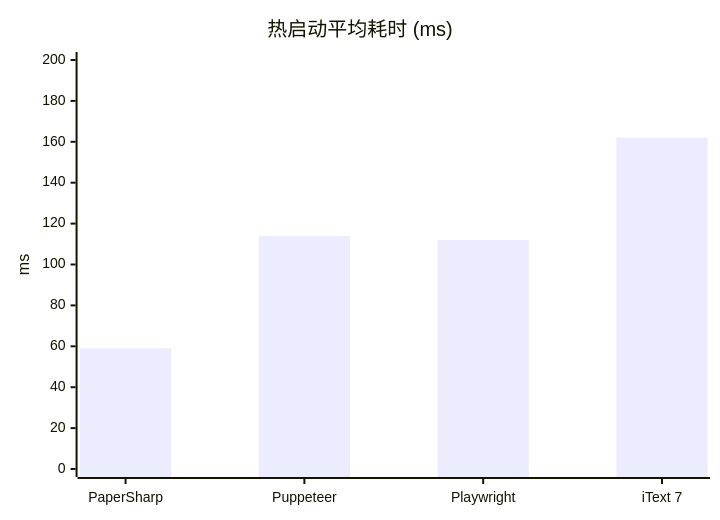
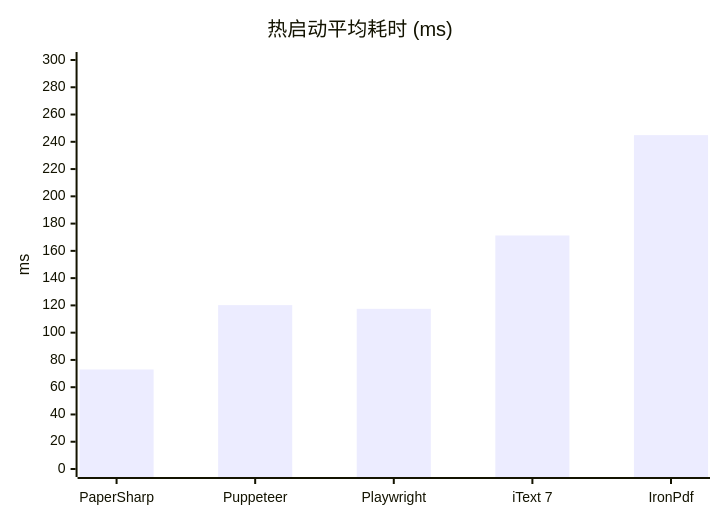
The second of 4 diagrams in README.md (SpringHgui/papersharp), drawn with Mermaid before and after one commit. The commit also changed other lines of this file and 12 other files, not shown here.

First line of the commit message:
bench: 加入 IronPdf（trial）实测，沉淀 v1.0.4 快照并更新图表/文档

````diff
--- a/README.md
+++ b/README.md
@@ -207,7 +91,7 @@
 ```mermaid
 xychart-beta
     title "热启动平均耗时 (ms)"
-    x-axis ["PaperSharp", "Puppeteer", "Playwright", "iText 7"]
-    y-axis "ms" 0 --> 200
-    bar [59, 114, 112, 162]
+    x-axis ["PaperSharp", "Puppeteer", "Playwright", "iText 7", "IronPdf"]
+    y-axis "ms" 0 --> 300
+    bar [73.0, 120.2, 117.5, 171.3, 244.9]
 ```
````
